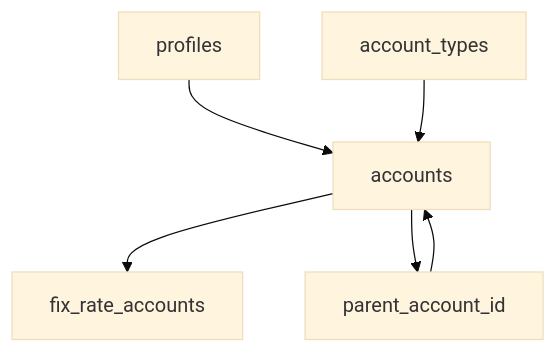
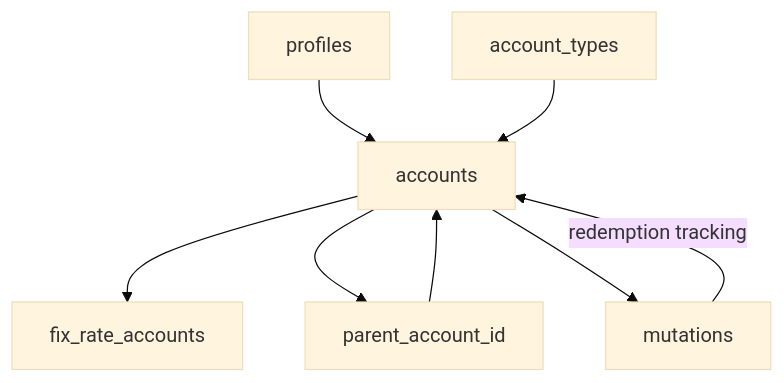
Before and after one commit to RafieAmandio/galfa-backend: the diagram in .cursor/rules/flat-rate-calculations.mdc, drawn with Mermaid (base theme). The commit also changed other lines of this file, not shown here.

Commit message:
Updated rules for flat rate redemption

````diff
--- a/.cursor/rules/flat-rate-calculations.mdc
+++ b/.cursor/rules/flat-rate-calculations.mdc
@@ -381,8 +571,10 @@
 ```mermaid
 graph TD
     A[profiles] --> B[accounts]
     B --> C[fix_rate_accounts]
     B --> D[parent_account_id]
     D --> B
     E[account_types] --> B
+    B --> F[mutations]
+    F --> |redemption tracking| B
 ```
````
